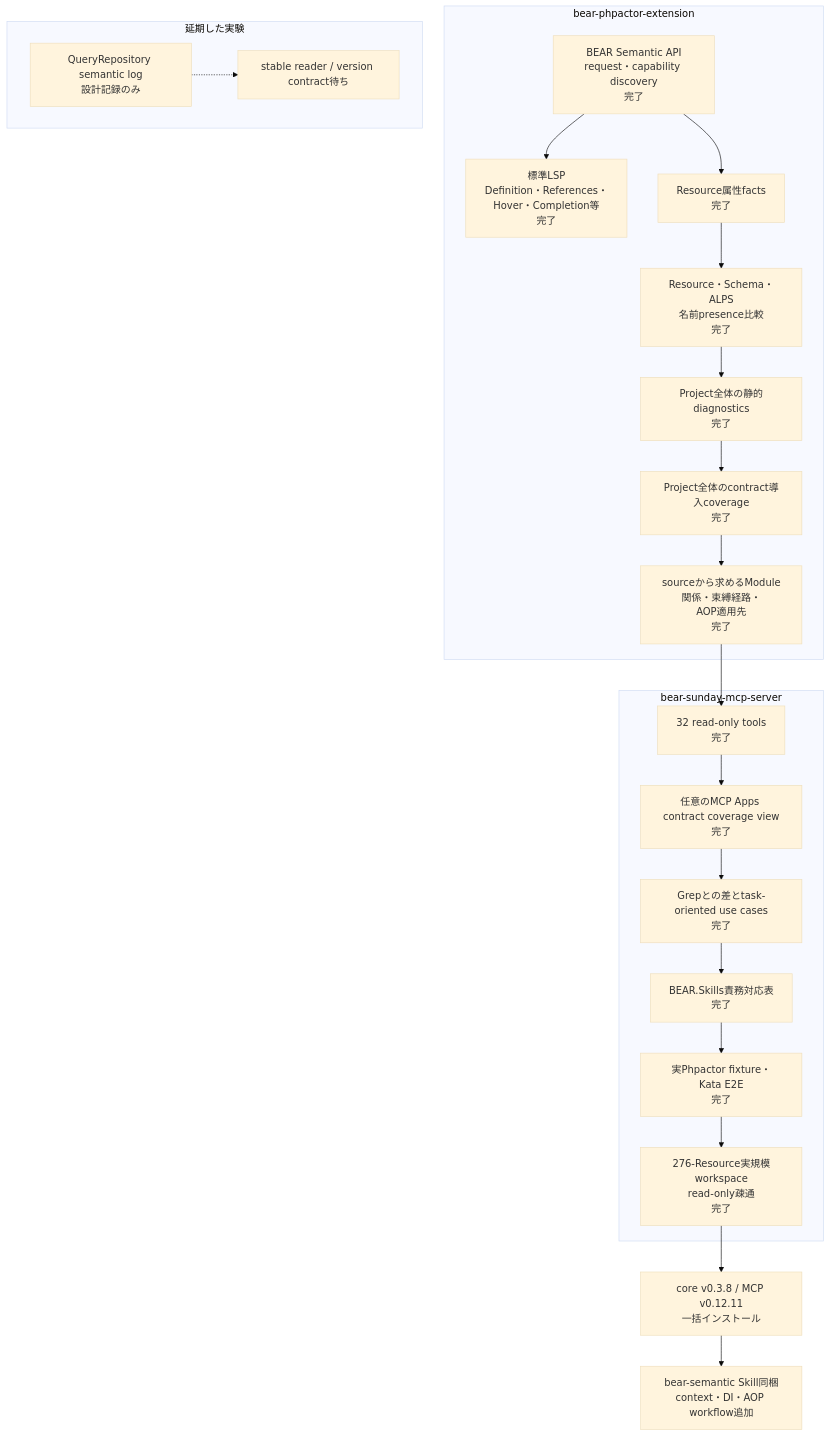
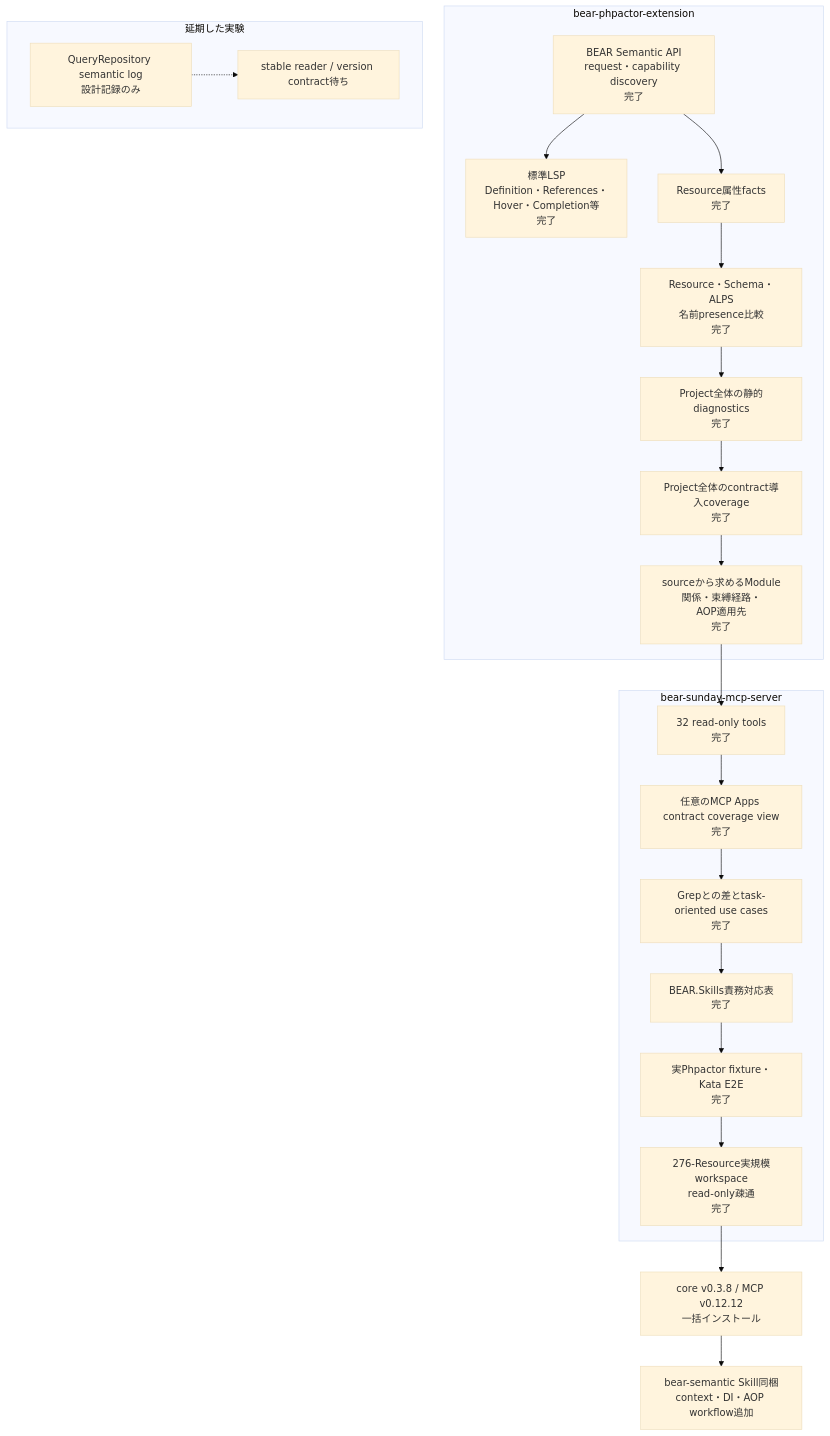
Before and after one commit to suzumaze/bear-sunday-mcp-server: the diagram in docs/project-status.ja.md, drawn with Mermaid (base theme). The commit also changed other lines of this file and 3 other files, not shown here.

````diff
--- a/docs/project-status.ja.md
+++ b/docs/project-status.ja.md
@@ -8,35 +8,35 @@
 ```mermaid
 flowchart TB
     subgraph Core["bear-phpactor-extension"]
         C1["BEAR Semantic API<br/>request・capability discovery<br/>完了"]
         C2["標準LSP<br/>Definition・References・Hover・Completion等<br/>完了"]
         C3["Resource属性facts<br/>完了"]
         C4["Resource・Schema・ALPS<br/>名前presence比較<br/>完了"]
         C5["Project全体の静的diagnostics<br/>完了"]
         C6["Project全体のcontract導入coverage<br/>完了"]
         C7["sourceから求めるModule関係・束縛経路・<br/>AOP適用先<br/>完了"]
         C1 --> C2
         C1 --> C3 --> C4 --> C5 --> C6 --> C7
     end
 
     subgraph MCP["bear-sunday-mcp-server"]
         M1["32 read-only tools<br/>完了"]
         M0["任意のMCP Apps contract coverage view<br/>完了"]
         M2["Grepとの差とtask-oriented use cases<br/>完了"]
         M3["BEAR.Skills責務対応表<br/>完了"]
         M4["実Phpactor fixture・Kata E2E<br/>完了"]
         M5["276-Resource実規模workspace<br/>read-only疎通<br/>完了"]
         M1 --> M0 --> M2 --> M3 --> M4 --> M5
     end
 
     C7 --> M1
 
     subgraph Deferred["延期した実験"]
         D1["QueryRepository semantic log<br/>設計記録のみ"]
         D2["stable reader / version contract待ち"]
         D1 -.-> D2
     end
 
-    M5 --> R1["core v0.3.8 / MCP v0.12.11<br/>一括インストール"]
+    M5 --> R1["core v0.3.8 / MCP v0.12.12<br/>一括インストール"]
     R1 --> S1["bear-semantic Skill同梱<br/>context・DI・AOP workflow追加"]
 ```
````
